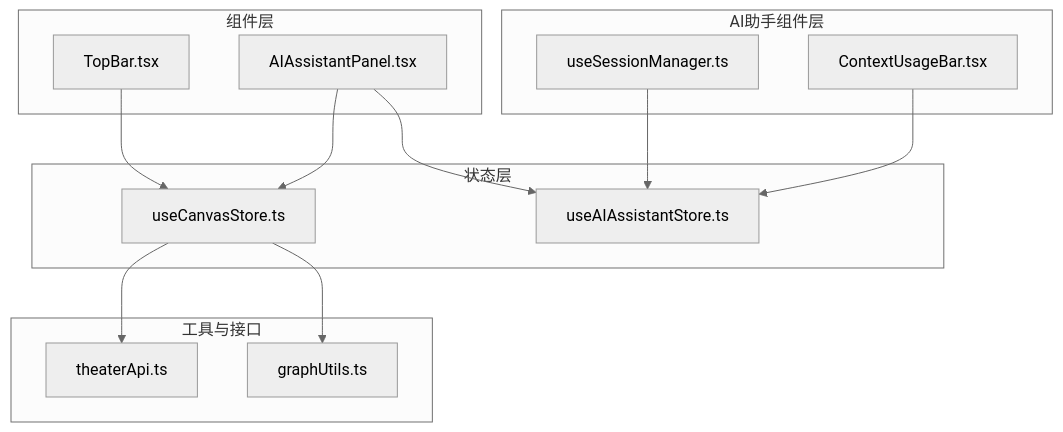
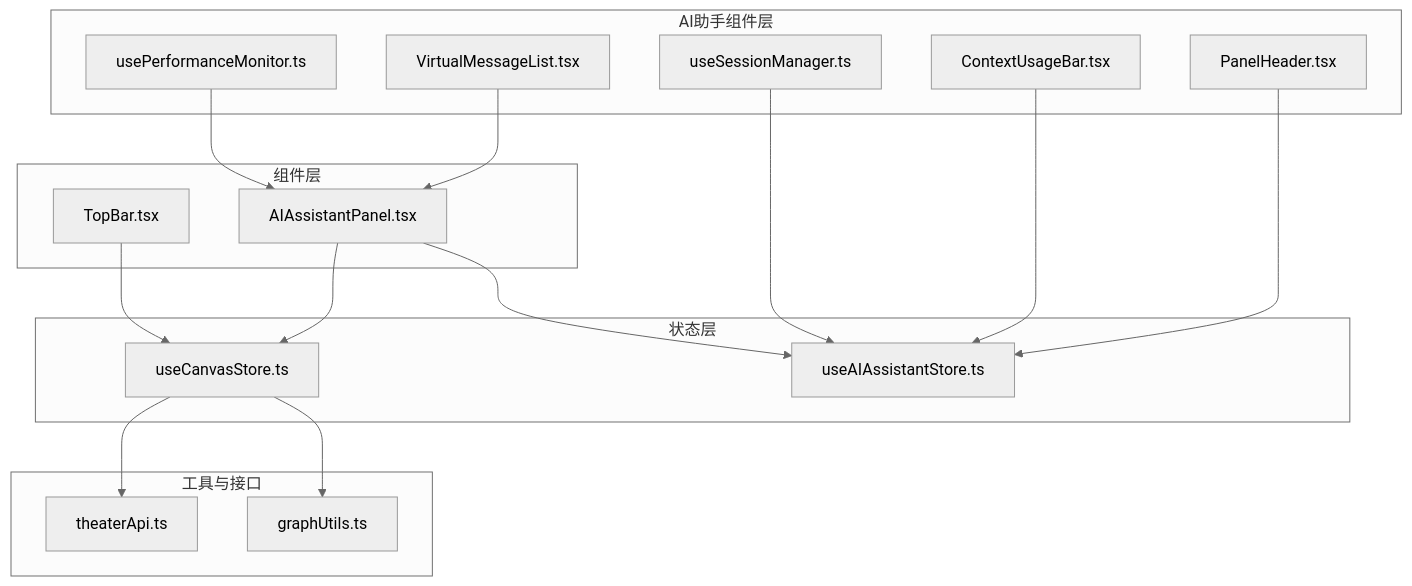
One commit to KunLabAI/KunFlix changed the first of 8 diagrams in .qoder/repowiki/zh/content/前端应用架构/状态管理/状态管理.md. Above: the diagram before and after it, drawn with Mermaid (neutral theme). The commit also changed other lines of this file and 8 other files, not shown here.

````diff
--- a/.qoder/repowiki/zh/content/前端应用架构/状态管理/状态管理.md
+++ b/.qoder/repowiki/zh/content/前端应用架构/状态管理/状态管理.md
@@ -56,26 +63,32 @@
 ```mermaid
 graph TB
 subgraph "状态层"
 CS["useCanvasStore.ts"]
 AIS["useAIAssistantStore.ts"]
 end
 subgraph "AI助手组件层"
 USM["useSessionManager.ts"]
 CUB["ContextUsageBar.tsx"]
+UPM["usePerformanceMonitor.ts"]
+PH["PanelHeader.tsx"]
+VML["VirtualMessageList.tsx"]
 end
 subgraph "组件层"
 TB["TopBar.tsx"]
 AIP["AIAssistantPanel.tsx"]
 end
 subgraph "工具与接口"
 TA["theaterApi.ts"]
 GU["graphUtils.ts"]
 end
 TB --> CS
 AIP --> CS
 AIP --> AIS
 USM --> AIS
 CUB --> AIS
+UPM --> AIP
+PH --> AIS
+VML --> AIP
 CS --> TA
 CS --> GU
 ```
````
